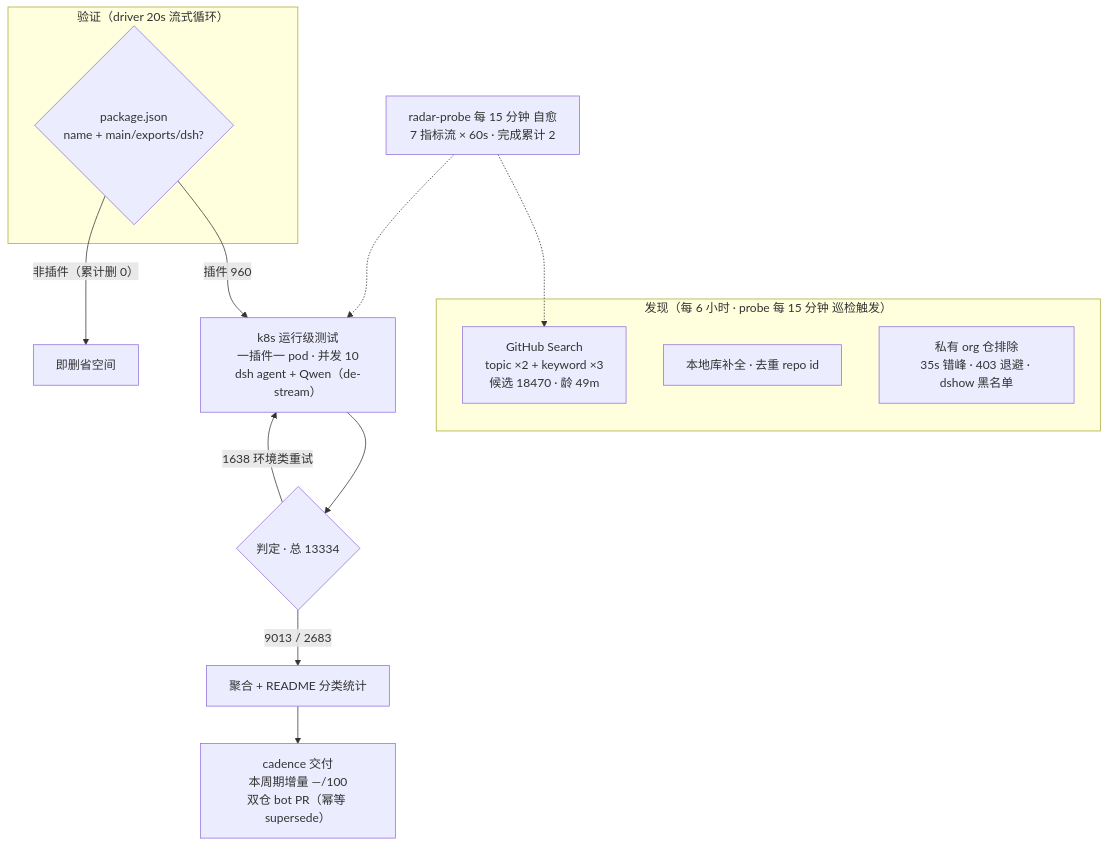
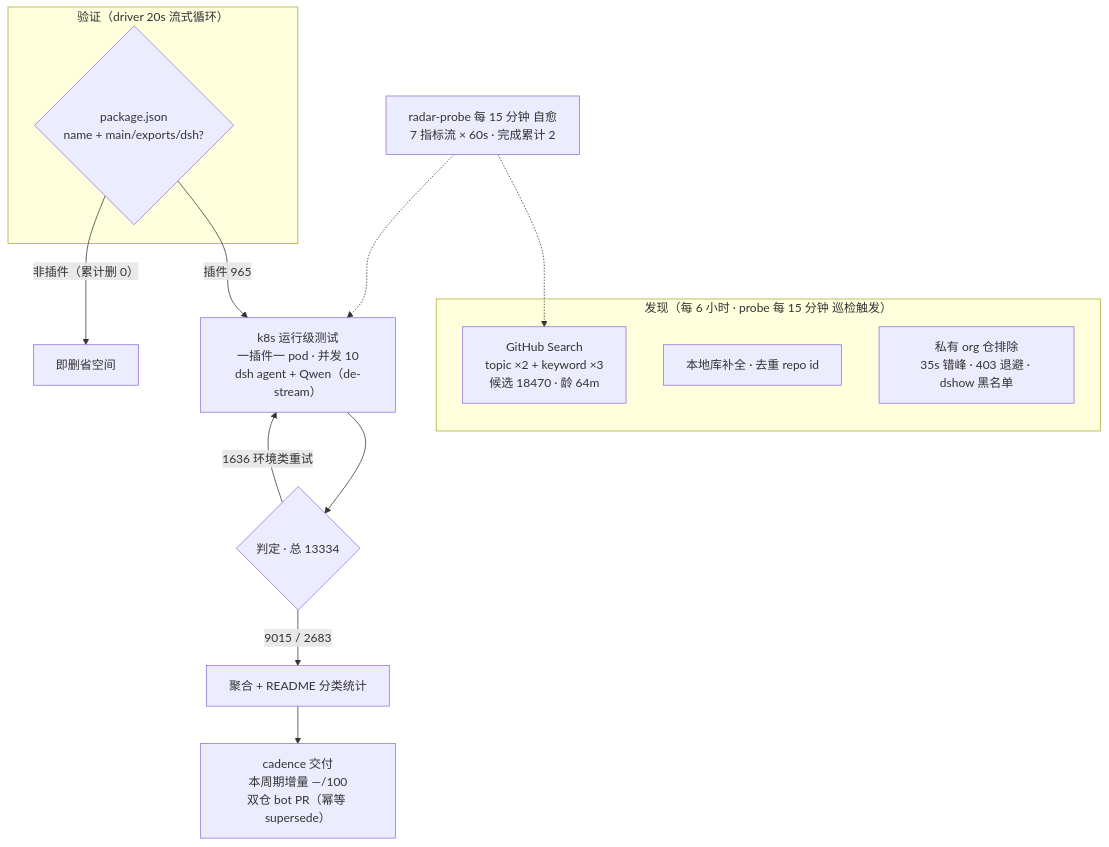
One commit to AdamPlatin123/awesome-dsh-plugins changed the diagram in README.md. Above: the diagram before and after it, drawn with Mermaid. The commit also changed other lines of this file and 5 other files, not shown here.

````diff
--- a/README.md
+++ b/README.md
@@ -52,20 +52,20 @@
 ```mermaid
 flowchart TB
     subgraph Discovery["发现（每 6 小时 · probe 每 15 分钟 巡检触发）"]
-        A1["GitHub Search<br/>topic ×2 + keyword ×3<br/>候选 18470 · 龄 49m"]
+        A1["GitHub Search<br/>topic ×2 + keyword ×3<br/>候选 18470 · 龄 64m"]
         A2["本地库补全 · 去重 repo id"]
         A3["私有 org 仓排除<br/>35s 错峰 · 403 退避 · dshow 黑名单"]
     end
     subgraph Validation["验证（driver 20s 流式循环）"]
         B1{"package.json<br/>name + main/exports/dsh?"}
     end
-    B1 -->|"插件 960"| C1["k8s 运行级测试<br/>一插件一 pod · 并发 10<br/>dsh agent + Qwen（de-stream）"]
+    B1 -->|"插件 965"| C1["k8s 运行级测试<br/>一插件一 pod · 并发 10<br/>dsh agent + Qwen（de-stream）"]
     B1 -->|"非插件（累计删 0）"| B3["即删省空间"]
     C1 --> D1{"判定 · 总 13334"}
-    D1 -->|"9013 / 2683"| E1["聚合 + README 分类统计"]
-    D1 -->|"1638 环境类重试"| C1
+    D1 -->|"9015 / 2683"| E1["聚合 + README 分类统计"]
+    D1 -->|"1636 环境类重试"| C1
     E1 --> E2["cadence 交付<br/>本周期增量 —/100<br/>双仓 bot PR（幂等 supersede）"]
     M["radar-probe 每 15 分钟 自愈<br/>7 指标流 × 60s · 完成累计 2"]
     M -.-> A1
     M -.-> C1
 ```
````
